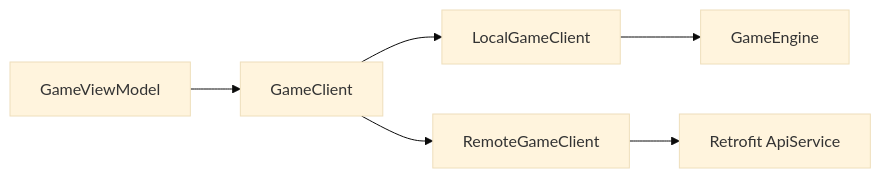
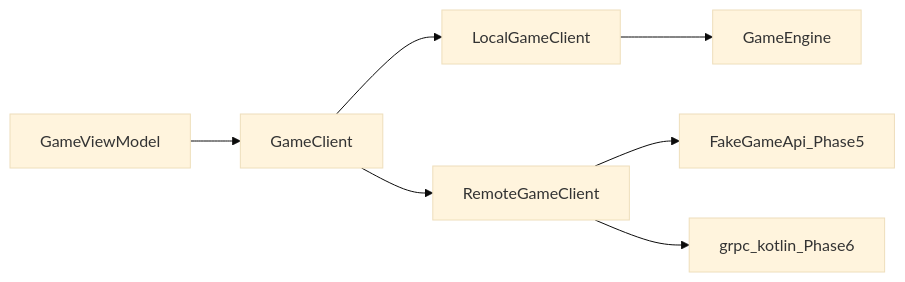
The third of 3 diagrams in docs/architecture/game-client.md (ivanbogomoloff/fool-card-game), drawn with Mermaid (base theme) before and after one commit. The commit also changed other lines of this file and 14 other files, not shown here.

````diff
--- a/docs/architecture/game-client.md
+++ b/docs/architecture/game-client.md
@@ -86,8 +92,9 @@
 ```mermaid
 flowchart LR
     VM[GameViewModel] --> GC[GameClient]
     GC --> Local[LocalGameClient]
     GC --> Remote[RemoteGameClient]
     Local --> Engine[GameEngine]
-    Remote --> API[Retrofit ApiService]
+    Remote --> Fake[FakeGameApi_Phase5]
+    Remote --> Grpc[grpc_kotlin_Phase6]
 ```
````
